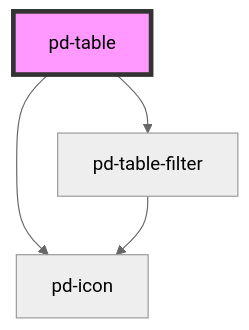
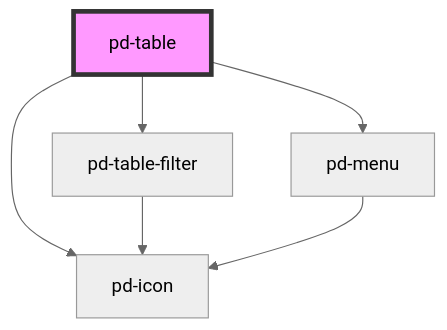
Before and after one commit to Lambda-IT/parlamentsdienste-components: the diagram in src/components/pd-table/readme.md, drawn with Mermaid (neutral theme). The commit also changed other lines of this file and 13 other files, not shown here.

````diff
--- a/src/components/pd-table/readme.md
+++ b/src/components/pd-table/readme.md
@@ -186,7 +198,9 @@
 ```mermaid
 graph TD;
   pd-table --> pd-table-filter
+  pd-table --> pd-menu
   pd-table --> pd-icon
   pd-table-filter --> pd-icon
+  pd-menu --> pd-icon
   style pd-table fill:#f9f,stroke:#333,stroke-width:4px
 ```
````
